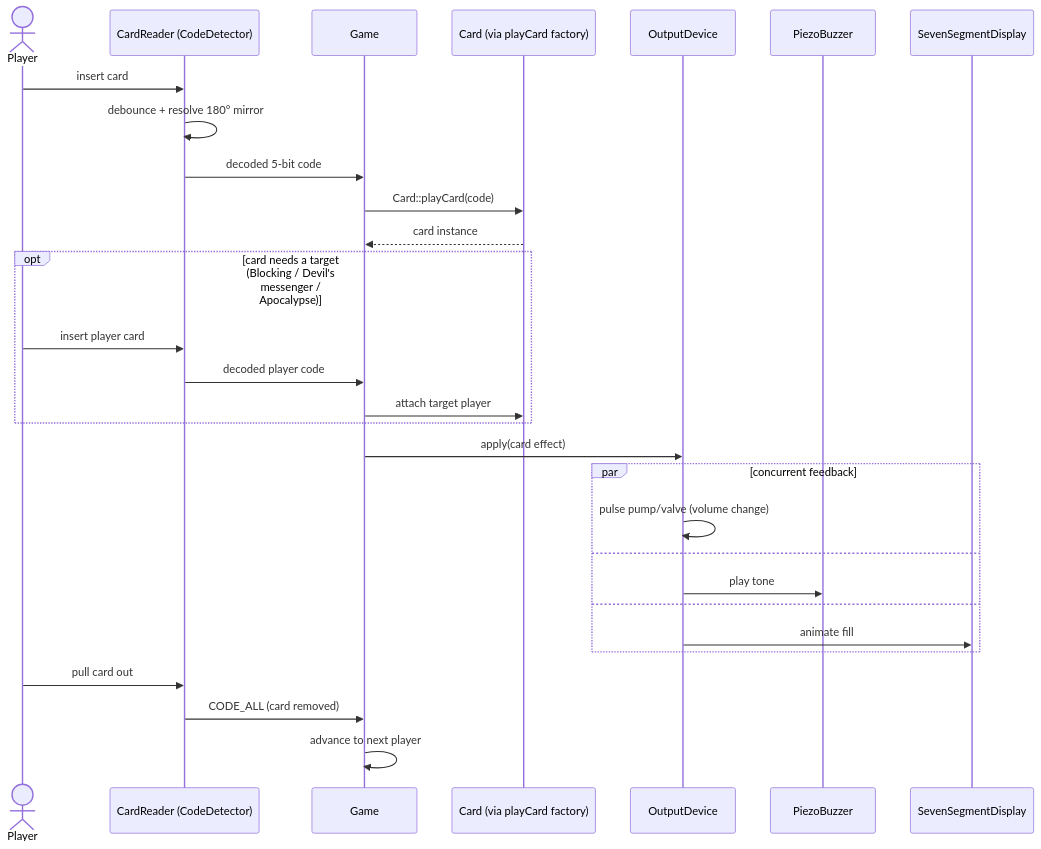
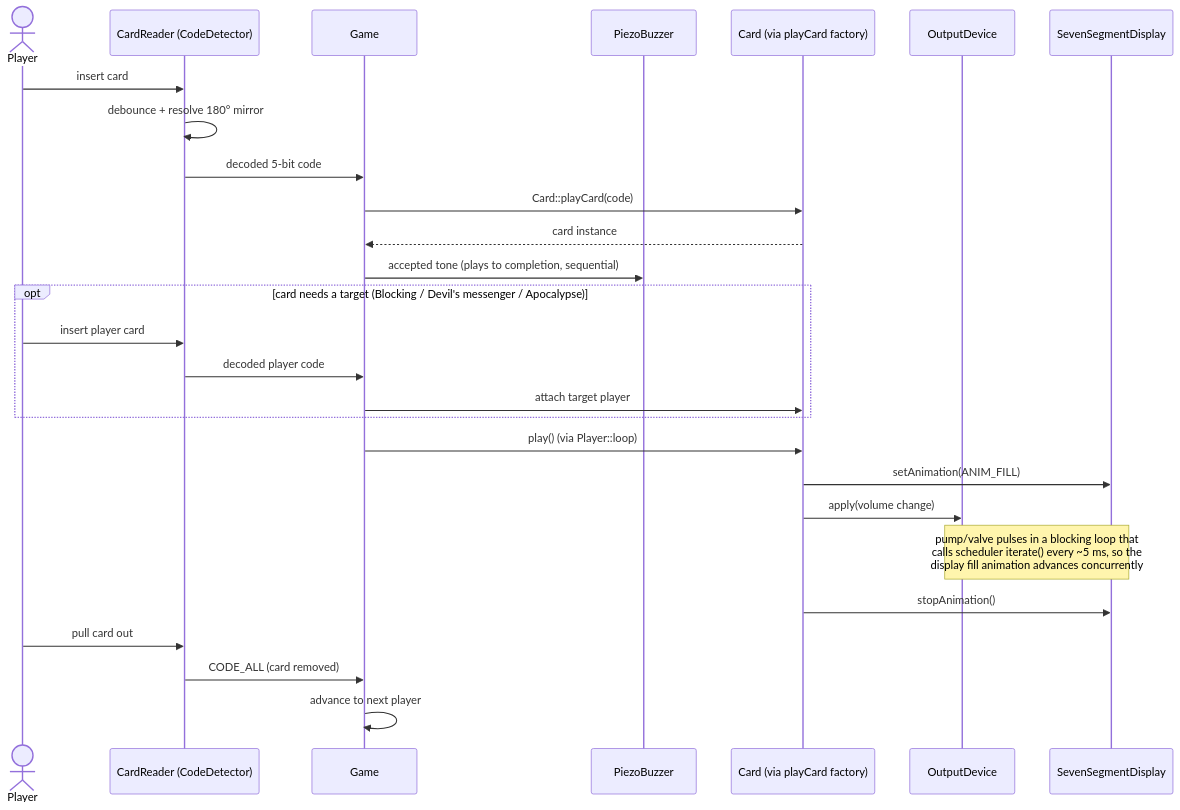
Before and after one commit to d-rk/boomballon: the diagram in docs/how-it-works.md, drawn with Mermaid. The commit also changed other lines of this file, not shown here.

Commit message:
docs: correct turn sequence diagram feedback concurrency
The one-turn sequenceDiagram in how-it-works.md previously showed
OutputDevice calling PiezoBuzzer and SevenSegmentDisplay concurrently.
OutputDevice never touches those classes. Corrected to match firmware:
the accepted buzzer tone is a sequential cue from Game::acceptedFeedback()
at card acceptance, and the Card (VolumeCard::play) starts the display
fill animation before calling OutputDevice::apply(); the display animates
concurrently only because applyIntensities() ticks the scheduler's
iterate() during its blocking pump/valve loop. Fixed the lead-in
sentence to match.

````diff
--- a/docs/how-it-works.md
+++ b/docs/how-it-works.md
@@ -46,35 +46,33 @@
 ```mermaid
 sequenceDiagram
     actor Player
     participant CardReader as CardReader (CodeDetector)
     participant Game
+    participant Buzzer as PiezoBuzzer
     participant Card as Card (via playCard factory)
     participant OutputDevice
-    participant Buzzer as PiezoBuzzer
     participant Display as SevenSegmentDisplay
 
     Player->>CardReader: insert card
     CardReader->>CardReader: debounce + resolve 180° mirror
     CardReader->>Game: decoded 5-bit code
     Game->>Card: Card::playCard(code)
     Card-->>Game: card instance
+    Game->>Buzzer: accepted tone (plays to completion, sequential)
 
     opt card needs a target (Blocking / Devil's messenger / Apocalypse)
         Player->>CardReader: insert player card
         CardReader->>Game: decoded player code
         Game->>Card: attach target player
     end
 
-    Game->>OutputDevice: apply(card effect)
-    par concurrent feedback
-        OutputDevice->>OutputDevice: pulse pump/valve (volume change)
-    and
-        OutputDevice->>Buzzer: play tone
-    and
-        OutputDevice->>Display: animate fill
-    end
+    Game->>Card: play() (via Player::loop)
+    Card->>Display: setAnimation(ANIM_FILL)
+    Card->>OutputDevice: apply(volume change)
+    Note over OutputDevice,Display: pump/valve pulses in a blocking loop that<br/>calls scheduler iterate() every ~5 ms, so the<br/>display fill animation advances concurrently
+    Card->>Display: stopAnimation()
 
     Player->>CardReader: pull card out
     CardReader->>Game: CODE_ALL (card removed)
     Game->>Game: advance to next player
 ```
````
